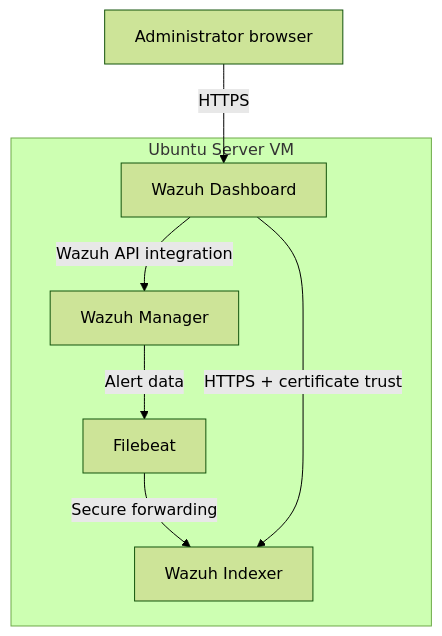
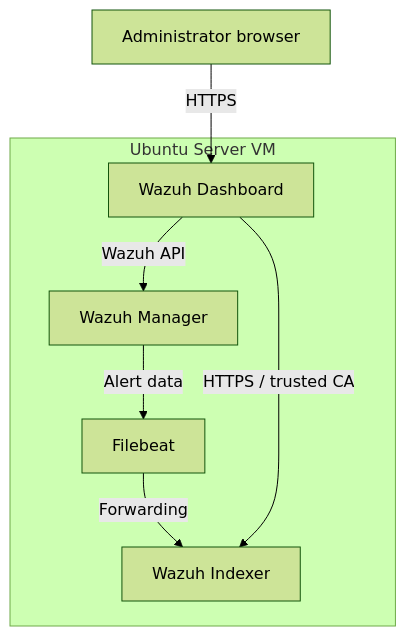
The diagram in README.md (Newb333/Wazuh-SIEM-deployment), drawn with Mermaid (forest theme) before and after one commit. The commit also changed other lines of this file, not shown here.

````diff
--- a/README.md
+++ b/README.md
@@ -30,14 +29,14 @@
 ```mermaid
 flowchart TB
     subgraph VM["Ubuntu Server VM"]
         M["Wazuh Manager"]
         I["Wazuh Indexer"]
         D["Wazuh Dashboard"]
         F["Filebeat"]
         M -->|"Alert data"| F
-        F -->|"Secure forwarding"| I
-        D -->|"HTTPS + certificate trust"| I
-        D -->|"Wazuh API integration"| M
+        F -->|"Forwarding"| I
+        D -->|"HTTPS / trusted CA"| I
+        D -->|"Wazuh API"| M
     end
     U["Administrator browser"] -->|"HTTPS"| D
 ```
````
